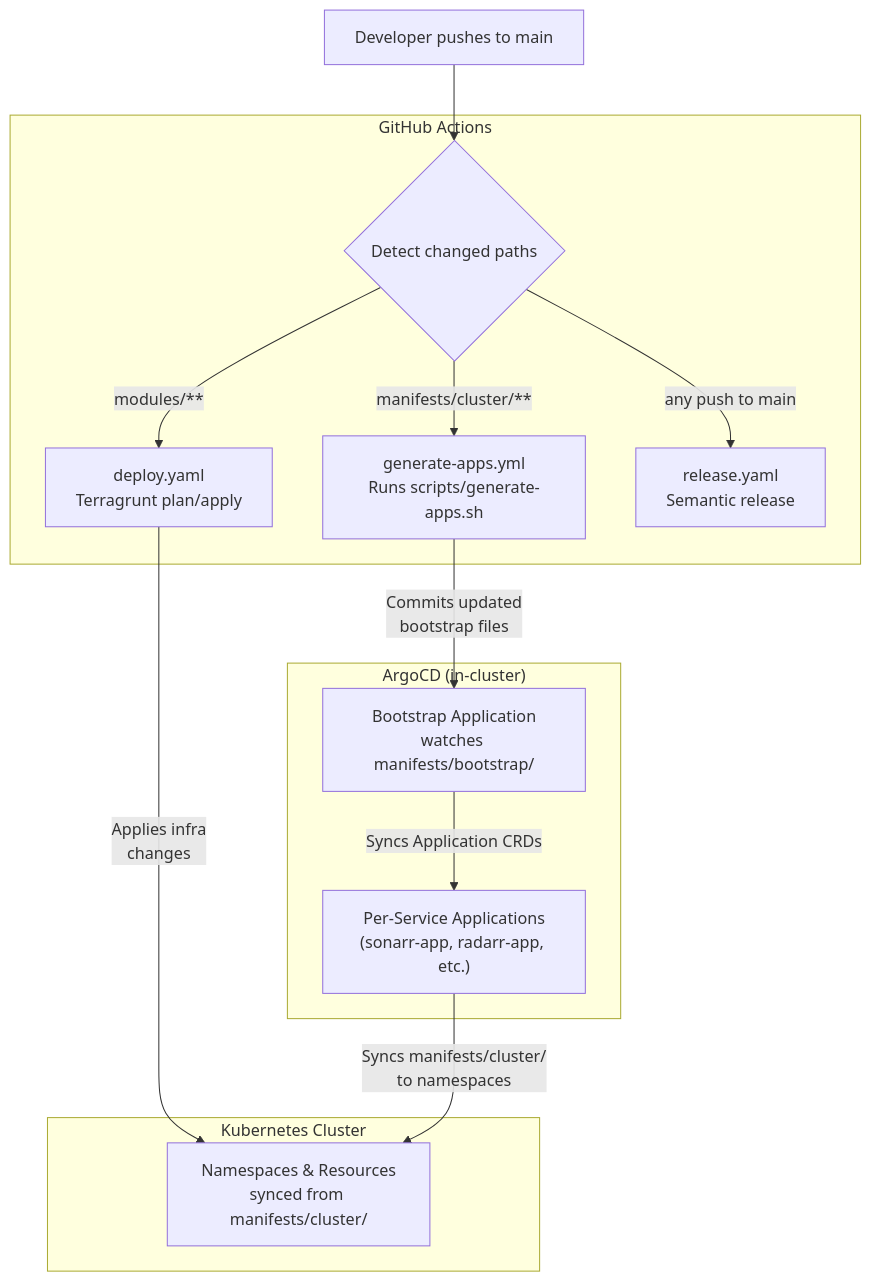
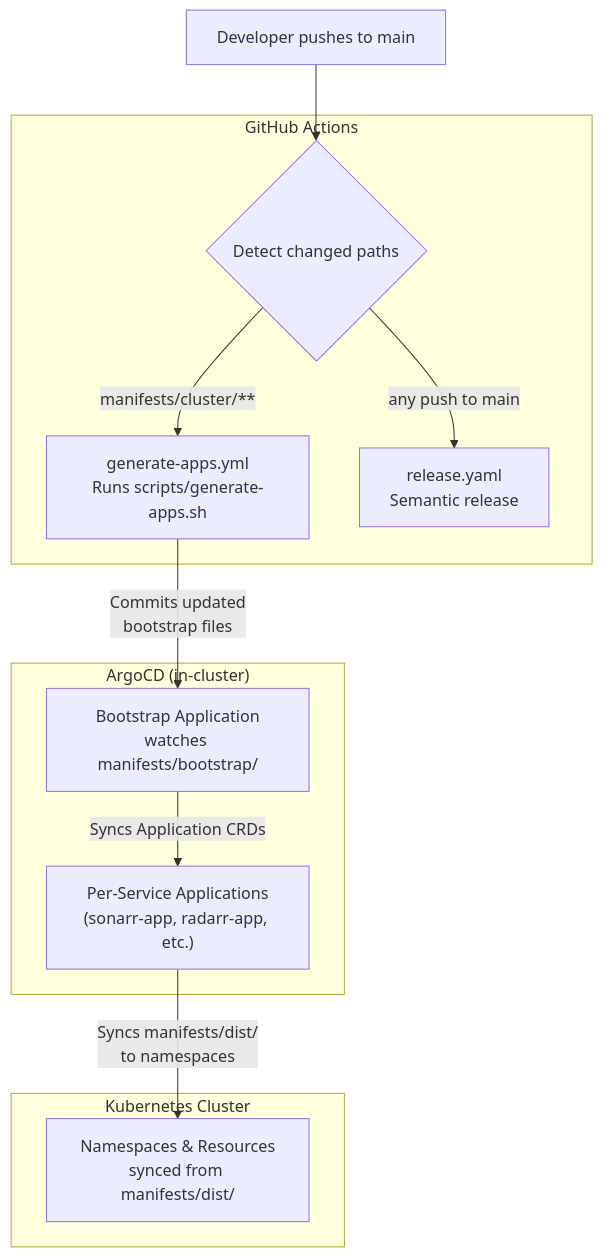
Before and after one commit to myles-coleman/homelab-cluster: the diagram in docs/architecture/gitops-flow.md, drawn with Mermaid. The commit also changed other lines of this file and 8 other files, not shown here.

````diff
--- a/docs/architecture/gitops-flow.md
+++ b/docs/architecture/gitops-flow.md
@@ -9,31 +9,28 @@
 ```mermaid
 flowchart TB
     DEV["Developer pushes to main"]
     
     subgraph "GitHub Actions"
         GA_DETECT{"Detect changed paths"}
         GA_GEN["generate-apps.yml<br/>Runs scripts/generate-apps.sh"]
-        GA_TG["deploy.yaml<br/>Terragrunt plan/apply"]
         GA_REL["release.yaml<br/>Semantic release"]
     end
     
     subgraph "ArgoCD (in-cluster)"
         BOOT["Bootstrap Application<br/>watches manifests/bootstrap/"]
         APPS["Per-Service Applications<br/>(sonarr-app, radarr-app, etc.)"]
     end
     
     subgraph "Kubernetes Cluster"
-        NS["Namespaces & Resources<br/>synced from manifests/cluster/"]
+        NS["Namespaces & Resources<br/>synced from manifests/dist/"]
     end
 
     DEV --> GA_DETECT
     GA_DETECT -->|"manifests/cluster/**"| GA_GEN
-    GA_DETECT -->|"modules/**"| GA_TG
     GA_DETECT -->|"any push to main"| GA_REL
     
     GA_GEN -->|"Commits updated<br/>bootstrap files"| BOOT
-    GA_TG -->|"Applies infra<br/>changes"| NS
     
     BOOT -->|"Syncs Application CRDs"| APPS
-    APPS -->|"Syncs manifests/cluster/<br/>to namespaces"| NS
+    APPS -->|"Syncs manifests/dist/<br/>to namespaces"| NS
 ```
````
